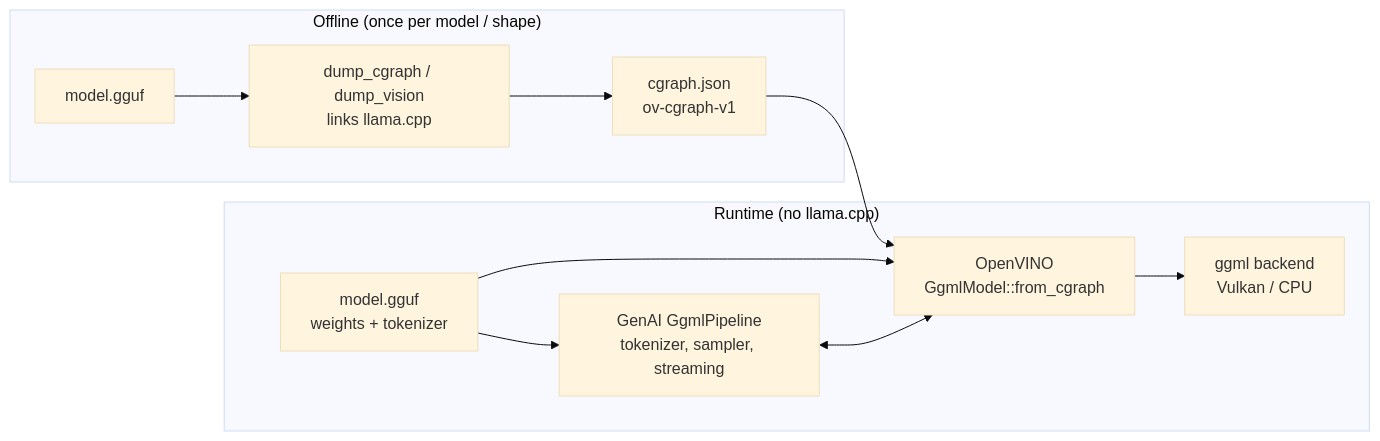
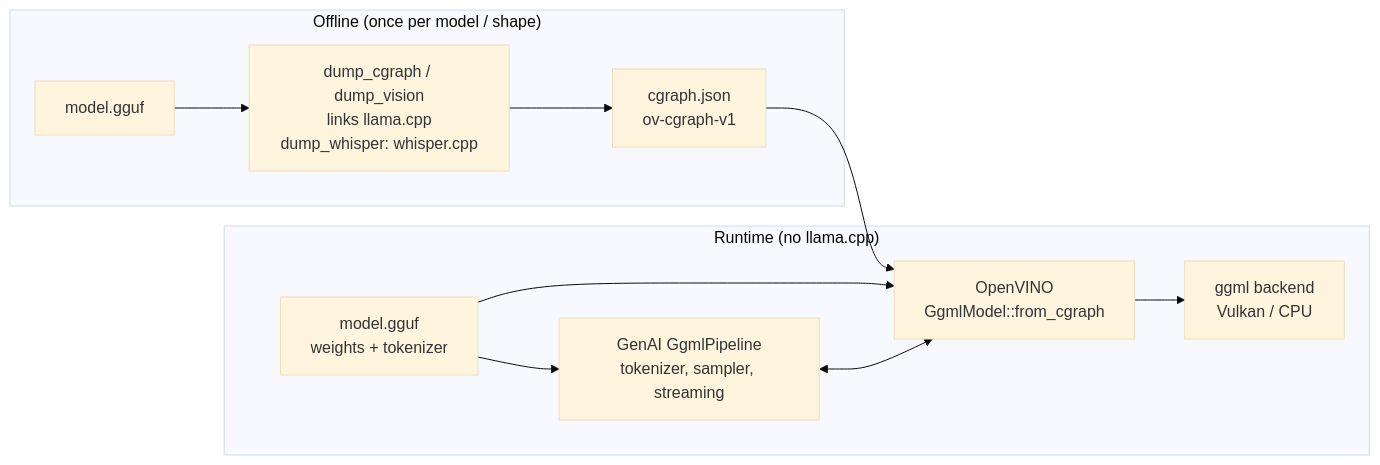
One commit to ynimmaga/ggml-cgraph-generator changed the diagram in END_TO_END.md. Above: the diagram before and after it, drawn with Mermaid (base theme). The commit also changed other lines of this file and 5 other files, not shown here.

First line of the commit message:
Add dump_whisper for whisper.cpp speech-recognition models

````diff
--- a/END_TO_END.md
+++ b/END_TO_END.md
@@ -16,14 +16,14 @@
 ```mermaid
 flowchart LR
     subgraph offline["Offline (once per model / shape)"]
-        GGUF[model.gguf] --> DUMP[dump_cgraph / dump_vision<br/>links llama.cpp]
+        GGUF[model.gguf] --> DUMP[dump_cgraph / dump_vision<br/>links llama.cpp<br/>dump_whisper: whisper.cpp]
         DUMP --> JSON[cgraph.json<br/>ov-cgraph-v1]
     end
     subgraph runtime["Runtime (no llama.cpp)"]
         JSON --> LOADER[OpenVINO<br/>GgmlModel::from_cgraph]
         GGUF2[model.gguf<br/>weights + tokenizer] --> LOADER
         LOADER --> GGML[ggml backend<br/>Vulkan / CPU]
         GGUF2 --> PIPE[GenAI GgmlPipeline<br/>tokenizer, sampler, streaming]
         PIPE <--> LOADER
     end
 ```
````
